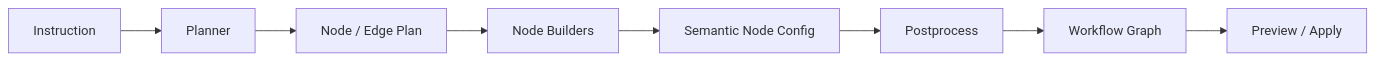
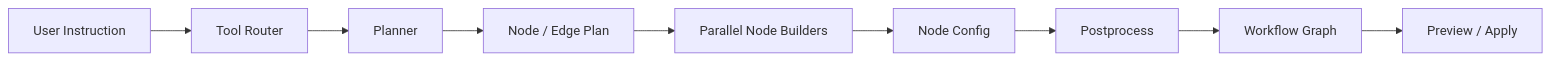
The sixth of 20 diagrams in weekly-report/dify-1.17-core-capabilities-research.md (sgfd-ui/internship), drawn with Mermaid before and after one commit. The commit also changed other lines of this file, not shown here.

Commit message:
docs: deepen Dify AI Workflow and Agent research structure

````diff
--- a/weekly-report/dify-1.17-core-capabilities-research.md
+++ b/weekly-report/dify-1.17-core-capabilities-research.md
@@ -134,10 +154,11 @@
 ```mermaid
 flowchart LR
-    A[Instruction] --> B[Planner]
-    B --> C[Node / Edge Plan]
-    C --> D[Node Builders]
-    D --> E[Semantic Node Config]
-    E --> F[Postprocess]
-    F --> G[Workflow Graph]
-    G --> H[Preview / Apply]
+    A[User Instruction] --> B[Tool Router]
+    B --> C[Planner]
+    C --> D[Node / Edge Plan]
+    D --> E[Parallel Node Builders]
+    E --> F[Node Config]
+    F --> G[Postprocess]
+    G --> H[Workflow Graph]
+    H --> I[Preview / Apply]
 ```
````
